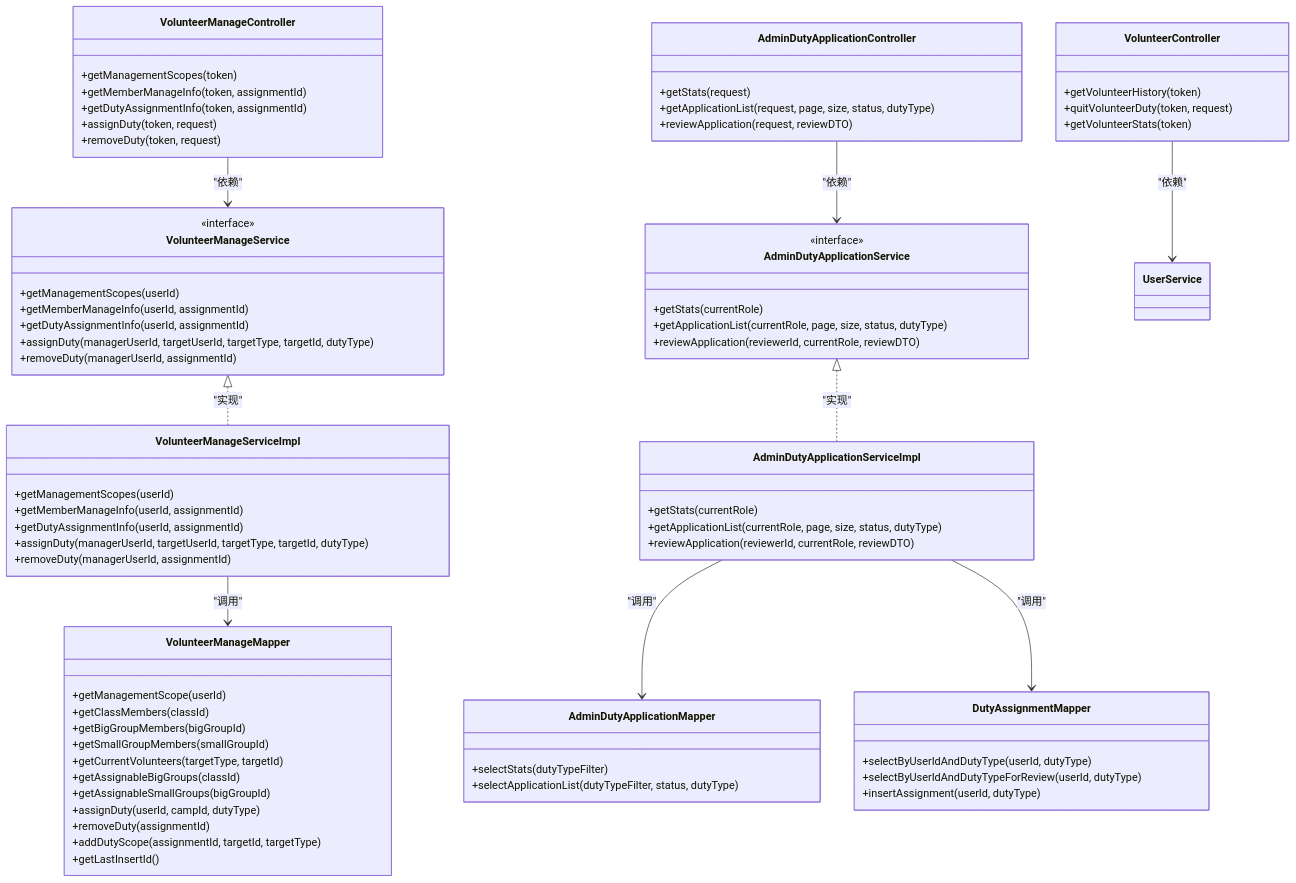
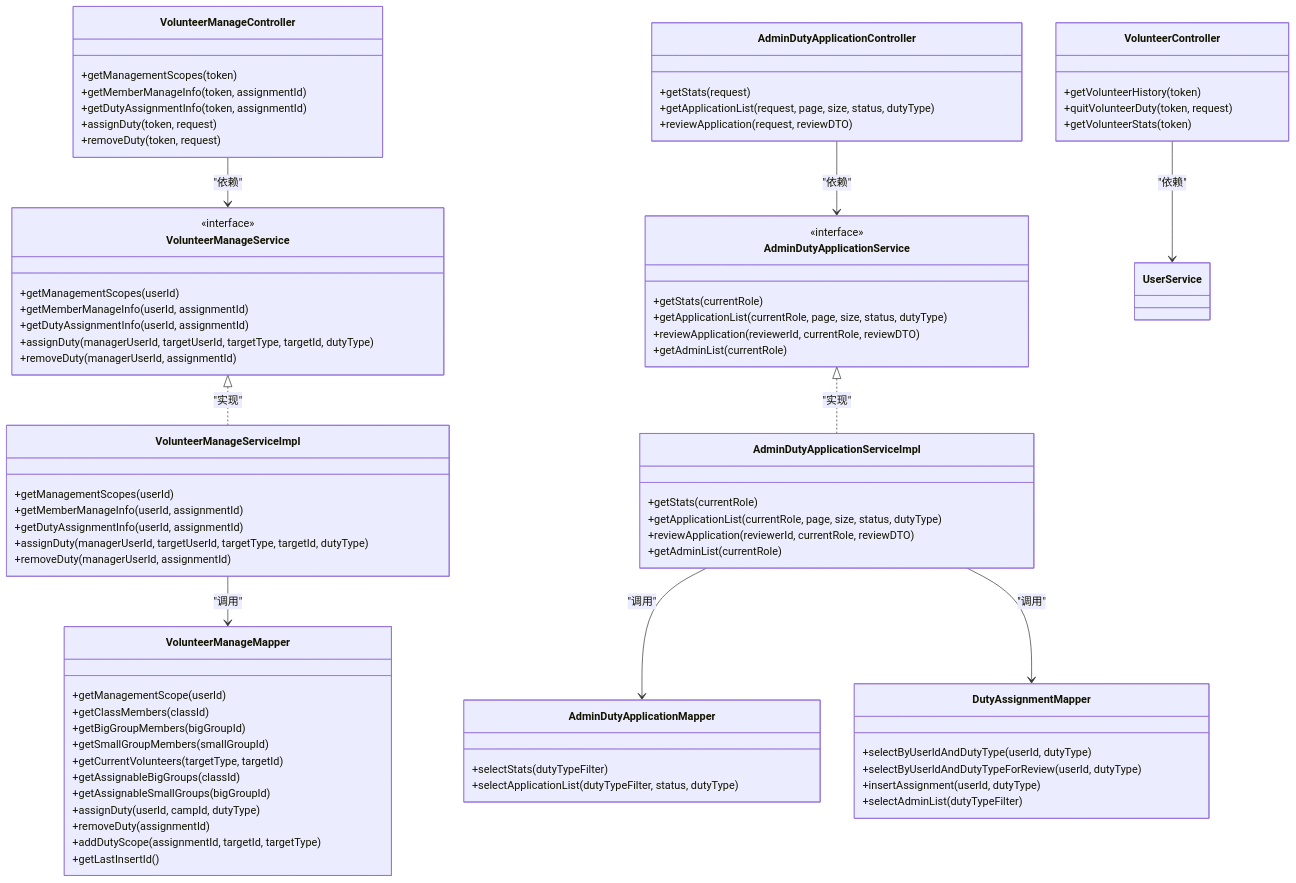
Before and after one commit to gaozihaowin/-: the fifth of 8 diagrams in .qoder/repowiki/zh/content/志愿者管理模块/志愿者管理模块.md, drawn with Mermaid. The commit also changed other lines of this file and 10 other files, not shown here.

````diff
--- a/.qoder/repowiki/zh/content/志愿者管理模块/志愿者管理模块.md
+++ b/.qoder/repowiki/zh/content/志愿者管理模块/志愿者管理模块.md
@@ -253,76 +258,79 @@
 ```mermaid
 classDiagram
 class VolunteerController {
 +getVolunteerHistory(token)
 +quitVolunteerDuty(token, request)
 +getVolunteerStats(token)
 }
 class VolunteerManageController {
 +getManagementScopes(token)
 +getMemberManageInfo(token, assignmentId)
 +getDutyAssignmentInfo(token, assignmentId)
 +assignDuty(token, request)
 +removeDuty(token, request)
 }
 class AdminDutyApplicationController {
 +getStats(request)
 +getApplicationList(request, page, size, status, dutyType)
 +reviewApplication(request, reviewDTO)
 }
 class VolunteerManageService {
 <<interface>>
 +getManagementScopes(userId)
 +getMemberManageInfo(userId, assignmentId)
 +getDutyAssignmentInfo(userId, assignmentId)
 +assignDuty(managerUserId, targetUserId, targetType, targetId, dutyType)
 +removeDuty(managerUserId, assignmentId)
 }
 class VolunteerManageServiceImpl {
 +getManagementScopes(userId)
 +getMemberManageInfo(userId, assignmentId)
 +getDutyAssignmentInfo(userId, assignmentId)
 +assignDuty(managerUserId, targetUserId, targetType, targetId, dutyType)
 +removeDuty(managerUserId, assignmentId)
 }
 class AdminDutyApplicationService {
 <<interface>>
 +getStats(currentRole)
 +getApplicationList(currentRole, page, size, status, dutyType)
 +reviewApplication(reviewerId, currentRole, reviewDTO)
++getAdminList(currentRole)
 }
 class AdminDutyApplicationServiceImpl {
 +getStats(currentRole)
 +getApplicationList(currentRole, page, size, status, dutyType)
 +reviewApplication(reviewerId, currentRole, reviewDTO)
++getAdminList(currentRole)
 }
 class VolunteerManageMapper {
 +getManagementScope(userId)
 +getClassMembers(classId)
 +getBigGroupMembers(bigGroupId)
 +getSmallGroupMembers(smallGroupId)
 +getCurrentVolunteers(targetType, targetId)
 +getAssignableBigGroups(classId)
 +getAssignableSmallGroups(bigGroupId)
 +assignDuty(userId, campId, dutyType)
 +removeDuty(assignmentId)
 +addDutyScope(assignmentId, targetId, targetType)
 +getLastInsertId()
 }
 class AdminDutyApplicationMapper {
 +selectStats(dutyTypeFilter)
 +selectApplicationList(dutyTypeFilter, status, dutyType)
 }
 class DutyAssignmentMapper {
 +selectByUserIdAndDutyType(userId, dutyType)
 +selectByUserIdAndDutyTypeForReview(userId, dutyType)
 +insertAssignment(userId, dutyType)
++selectAdminList(dutyTypeFilter)
 }
 VolunteerController --> UserService : "依赖"
 VolunteerManageController --> VolunteerManageService : "依赖"
 AdminDutyApplicationController --> AdminDutyApplicationService : "依赖"
 VolunteerManageService <|.. VolunteerManageServiceImpl : "实现"
 AdminDutyApplicationService <|.. AdminDutyApplicationServiceImpl : "实现"
 VolunteerManageServiceImpl --> VolunteerManageMapper : "调用"
 AdminDutyApplicationServiceImpl --> AdminDutyApplicationMapper : "调用"
 AdminDutyApplicationServiceImpl --> DutyAssignmentMapper : "调用"
 ```
````
